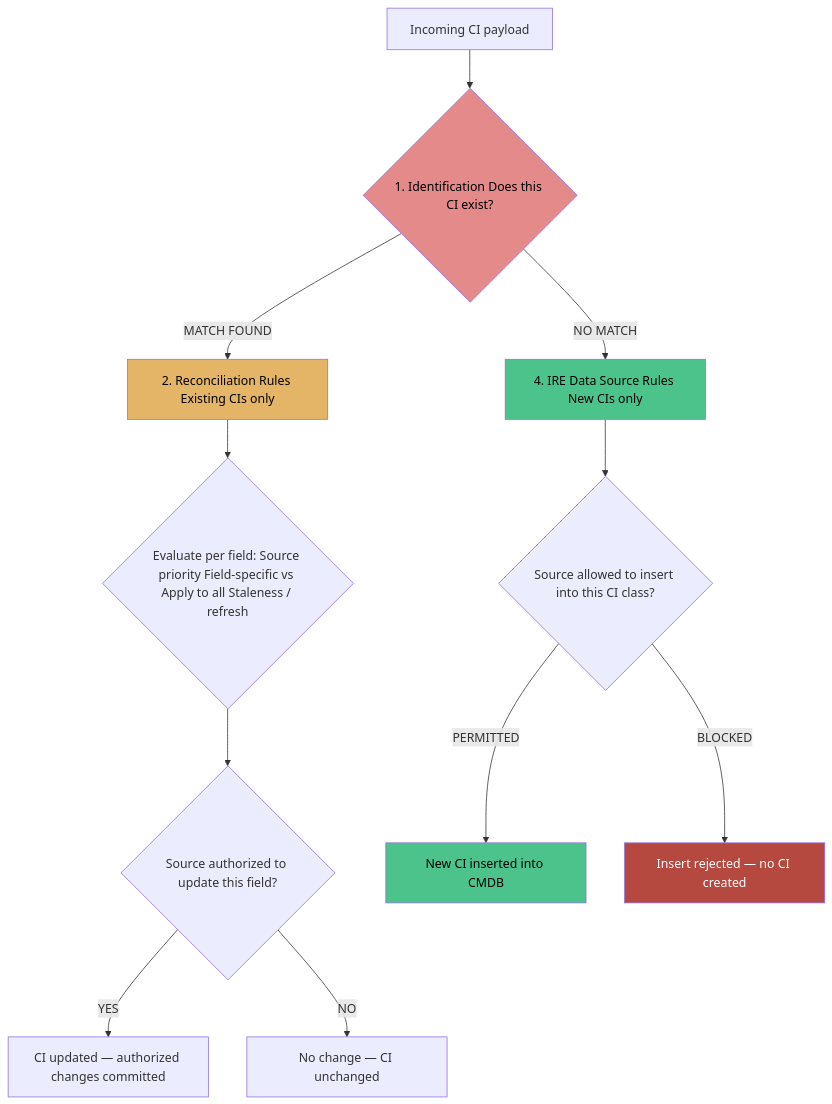
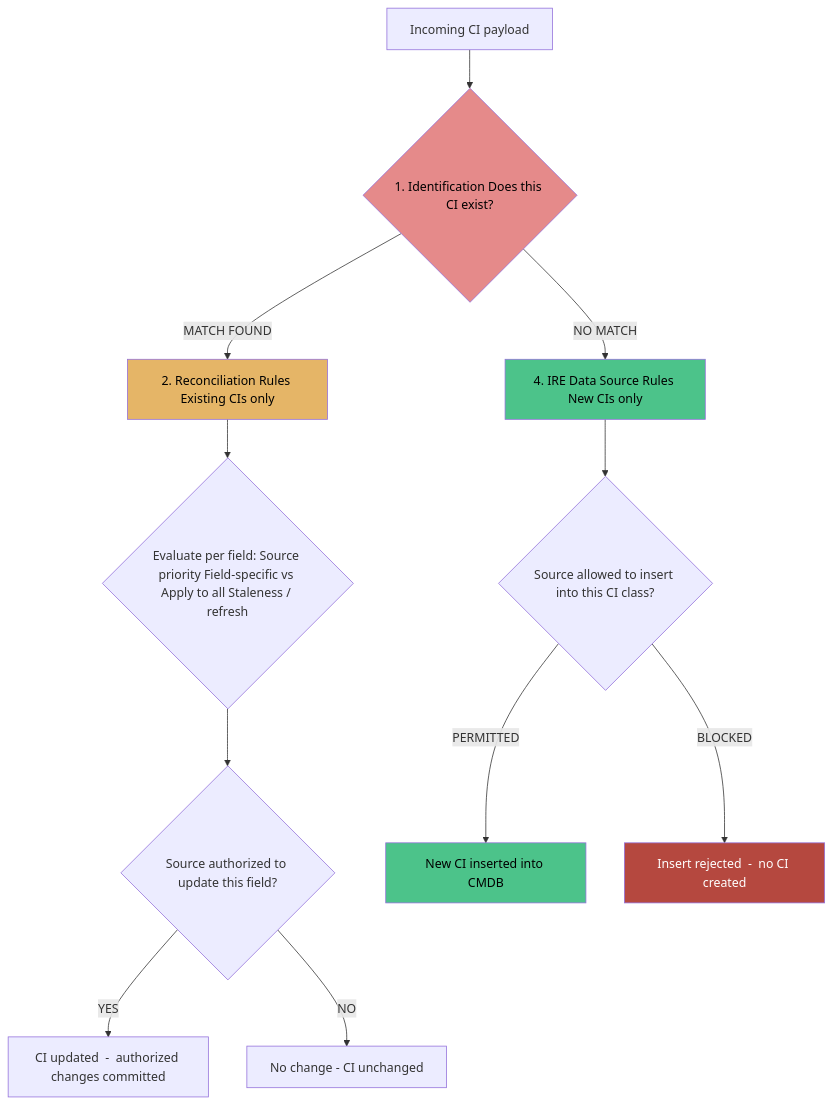
Before and after one commit to eltonaguiar/ServiceNow_Learning_TSOM-_CSM_FSM_SalesCRM_HAM_ITSM: diagram 13 of 22 in docs/modules/cmdb/cmdb-guide.md, drawn with Mermaid. The commit also changed other lines of this file and 10 other files, not shown here.

First line of the commit message:
Fix Mermaid diagram unicode characters causing syntax errors

````diff
--- a/docs/modules/cmdb/cmdb-guide.md
+++ b/docs/modules/cmdb/cmdb-guide.md
@@ -1351,19 +1351,19 @@
 ```mermaid
 flowchart TD
     IN[Incoming CI payload] --> IDR{1. Identification Does this CI exist?}
     IDR -->|MATCH FOUND| REC[2. Reconciliation Rules Existing CIs only]
     IDR -->|NO MATCH| DS[4. IRE Data Source Rules New CIs only]
     REC --> RECON_EVAL{Evaluate per field: Source priority Field-specific vs Apply to all Staleness / refresh}
     RECON_EVAL --> AUTHORIZED{Source authorized to update this field?}
-    AUTHORIZED -->|YES| UPDATE[CI updated — authorized changes committed]
-    AUTHORIZED -->|NO| NOCHANGE[No change — CI unchanged]
+    AUTHORIZED -->|YES| UPDATE[CI updated  -  authorized changes committed]
+    AUTHORIZED -->|NO| NOCHANGE[No change  -  CI unchanged]
     DS --> DS_CHECK{Source allowed to insert into this CI class?}
     DS_CHECK -->|PERMITTED| NEWCI[New CI inserted into CMDB]
-    DS_CHECK -->|BLOCKED| REJECT[Insert rejected — no CI created]
+    DS_CHECK -->|BLOCKED| REJECT[Insert rejected  -  no CI created]
     style IDR fill:#e58a8a,color:#000
     style REC fill:#e5b567,color:#000
     style DS fill:#4cc38a,color:#000
     style NEWCI fill:#4cc38a,color:#000
     style REJECT fill:#b5483f,color:#fff
 
 ```
````
